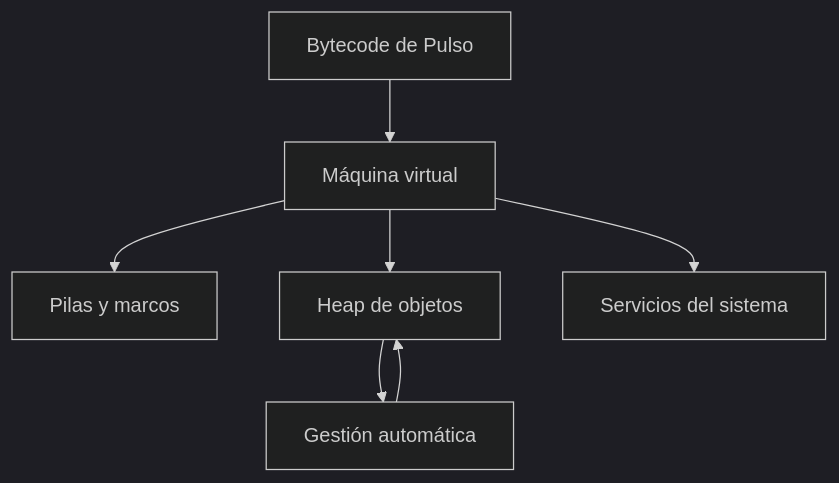
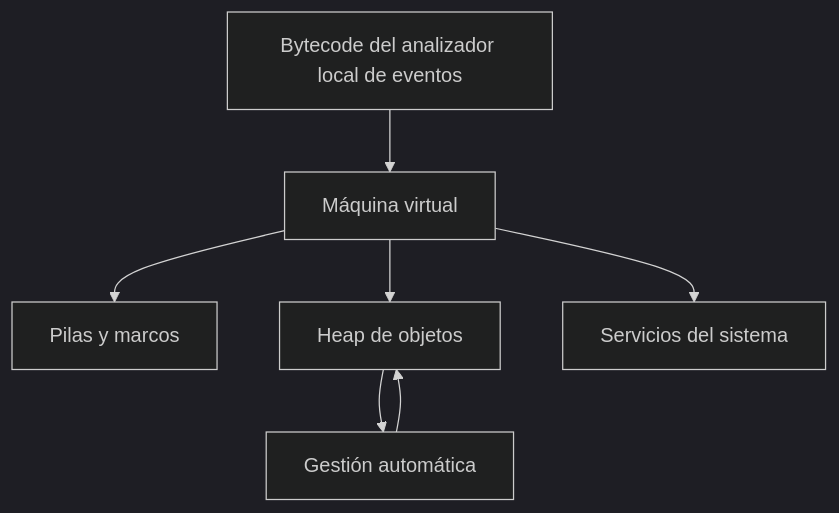
One commit to vladimiracunadev-create/modern-software-engineering-program changed the diagram in content/part-01/SE-021.md. Above: the diagram before and after it, drawn with Mermaid (dark theme). The commit also changed other lines of this file and 14 other files, not shown here.

````diff
--- a/content/part-01/SE-021.md
+++ b/content/part-01/SE-021.md
@@ -61,9 +61,9 @@
 ```mermaid
 flowchart TD
- B[Bytecode de Pulso] --> V[Máquina virtual]
+ B[Bytecode del analizador local de eventos] --> V[Máquina virtual]
  V --> S[Pilas y marcos]
  V --> H[Heap de objetos]
  H --> G[Gestión automática]
  V --> N[Servicios del sistema]
  G --> H
 ```
````
